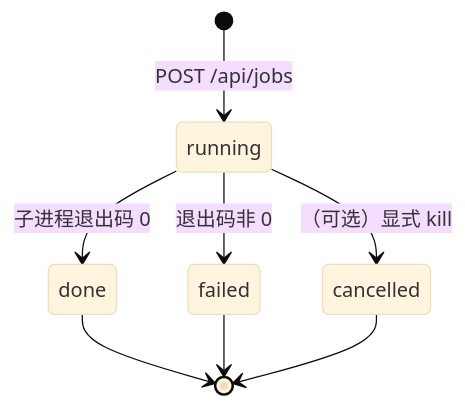
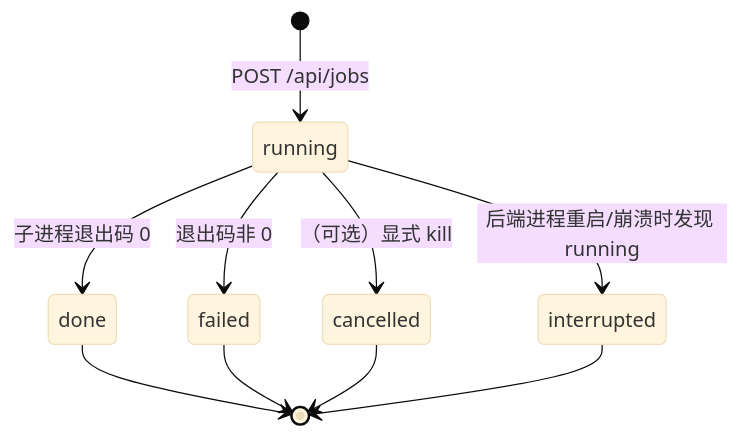
Before and after one commit to xiaoxin1358/TradingAgents: the third of 3 diagrams in docs/vue-frontend.md, drawn with Mermaid (base theme). The commit also changed other lines of this file, not shown here.

Commit message:
docs(vue-frontend): close M2 design gaps — unbuffered stdout, restart recovery, interrupted state, atomic jobs.json

````diff
--- a/docs/vue-frontend.md
+++ b/docs/vue-frontend.md
@@ -564,10 +564,12 @@
 ```mermaid
 stateDiagram-v2
     [*] --> running: POST /api/jobs
     running --> done: 子进程退出码 0
     running --> failed: 退出码非 0
     running --> cancelled: （可选）显式 kill
+    running --> interrupted: 后端进程重启/崩溃时发现 running
     done --> [*]
     failed --> [*]
     cancelled --> [*]
+    interrupted --> [*]
 ```
````
